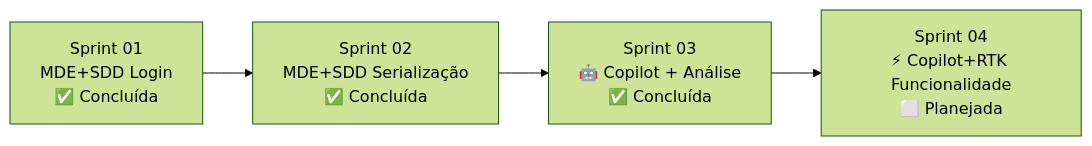
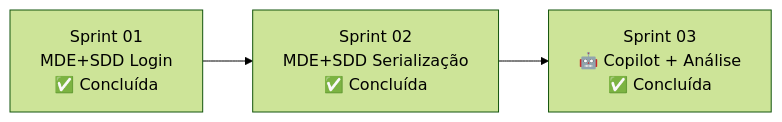
The second of 2 diagrams in relatorios/plano-sprints.md (BrunoWatanabe/TCC-KPC), drawn with Mermaid (forest theme) before and after one commit. The commit also changed other lines of this file and 1 other file, not shown here.

````diff
--- a/relatorios/plano-sprints.md
+++ b/relatorios/plano-sprints.md
@@ -207,6 +185,6 @@
 ```mermaid
 flowchart LR
     S1[Sprint 01<br/>MDE+SDD Login<br/>✅ Concluída] --> S2[Sprint 02<br/>MDE+SDD Serialização<br/>✅ Concluída]
     S2 --> S3[Sprint 03<br/>🤖 Copilot + Análise<br/>✅ Concluída]
-    S3 --> S4[Sprint 04<br/>⚡ Copilot+RTK Funcionalidade<br/>⬜ Planejada]
+    S3
 ```
````
